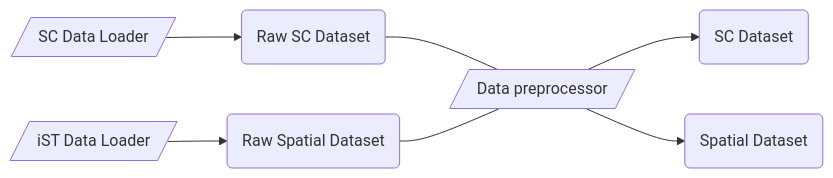
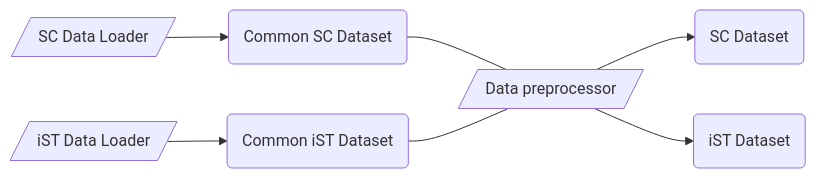
One commit to openproblems-bio/task_ist_preprocessing changed the diagram in README.md. Above: the diagram before and after it, drawn with Mermaid. The commit also changed other lines of this file and 3 other files, not shown here.

````diff
--- a/README.md
+++ b/README.md
@@ -37,16 +37,16 @@
 ``` mermaid
 flowchart LR
   comp_data_loader_sc[/"SC Data Loader"/]
-  file_common_singlecell("Raw SC Dataset")
+  file_common_singlecell("Common SC Dataset")
   comp_data_preprocessor[/"Data preprocessor"/]
   file_singlecell("SC Dataset")
-  file_spatialdata("Spatial Dataset")
-  file_common_spatialdata("Raw Spatial Dataset")
+  file_spatialdata("iST Dataset")
+  file_common_spatialdata("Common iST Dataset")
   comp_data_loader_sp[/"iST Data Loader"/]
   comp_data_loader_sc-->file_common_singlecell
   file_common_singlecell---comp_data_preprocessor
   comp_data_preprocessor-->file_singlecell
   comp_data_preprocessor-->file_spatialdata
   file_common_spatialdata---comp_data_preprocessor
   comp_data_loader_sp-->file_common_spatialdata
 ```
````
